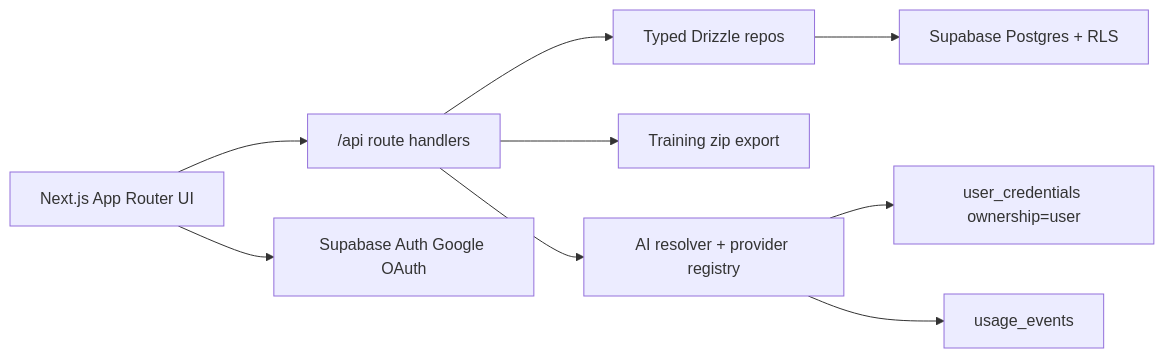
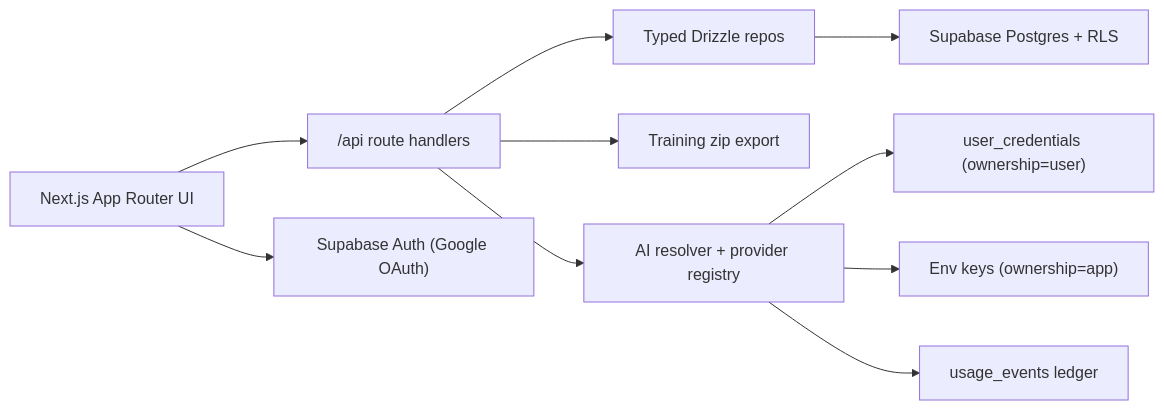
One commit to soltraveler-sri/lexi changed the diagram in README.md. Above: the diagram before and after it, drawn with Mermaid. The commit also changed other lines of this file and 7 other files, not shown here.

````diff
--- a/README.md
+++ b/README.md
@@ -9,11 +20,12 @@
 ```mermaid
 flowchart LR
   Browser["Next.js App Router UI"] --> Routes["/api route handlers"]
   Routes --> Repos["Typed Drizzle repos"]
   Repos --> Supabase["Supabase Postgres + RLS"]
-  Browser --> Auth["Supabase Auth Google OAuth"]
+  Browser --> Auth["Supabase Auth (Google OAuth)"]
   Routes --> Export["Training zip export"]
   Routes --> AI["AI resolver + provider registry"]
-  AI --> BYOK["user_credentials ownership=user"]
-  AI --> Usage["usage_events"]
+  AI --> BYOK["user_credentials (ownership=user)"]
+  AI --> EnvFallback["Env keys (ownership=app)"]
+  AI --> Usage["usage_events ledger"]
 ```
````
